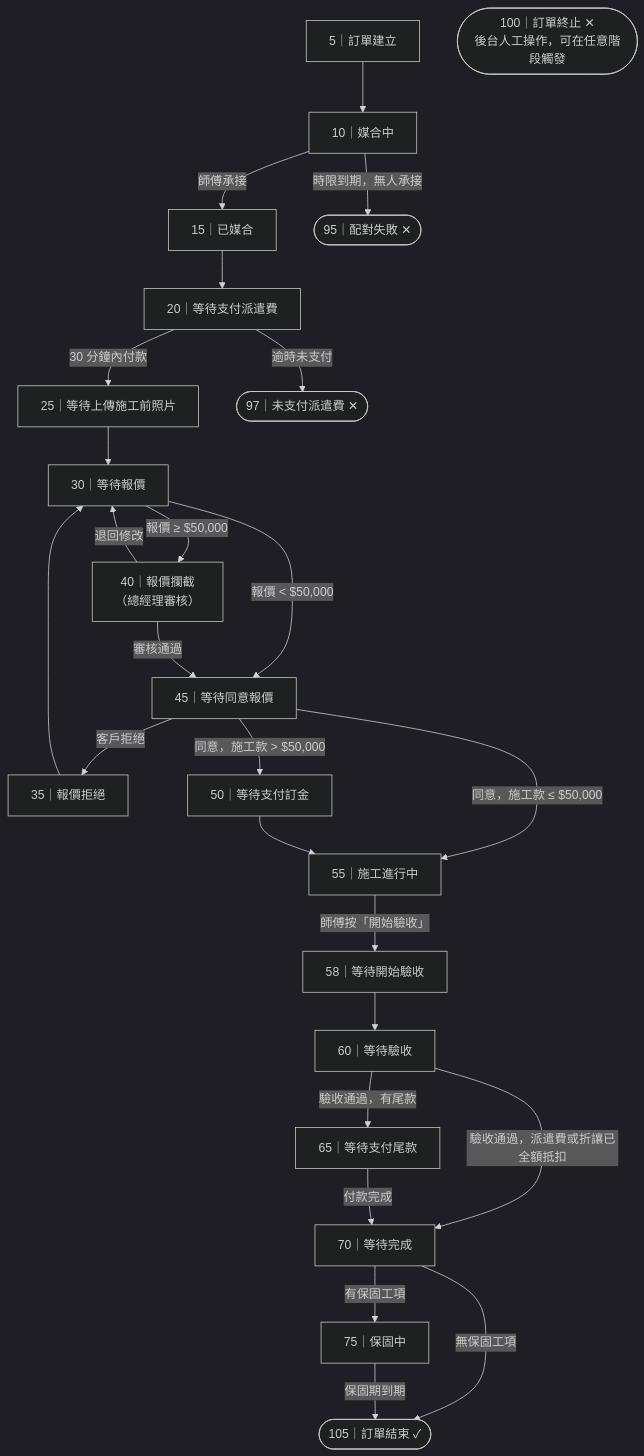
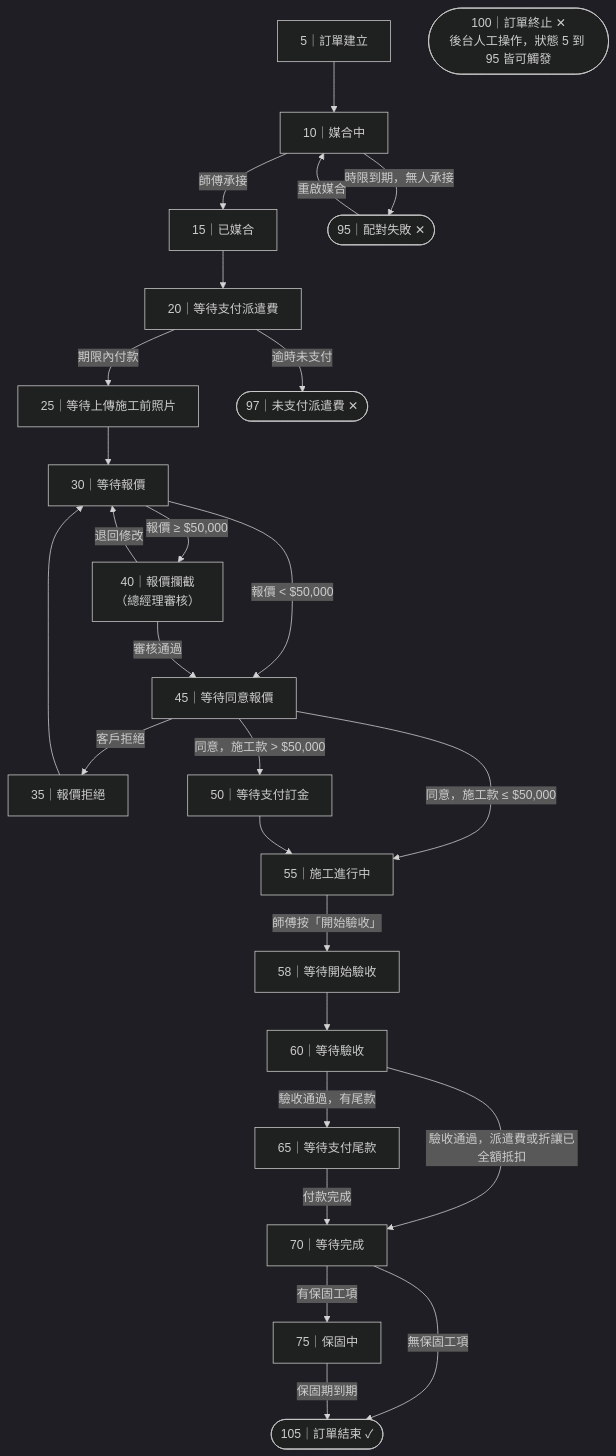
Before and after one commit to Yode0419/tigermaster-one-piece: the diagram in docs/wiki/process/order-lifecycle.md, drawn with Mermaid (dark theme). The commit also changed other lines of this file and 8 other files, not shown here.

````diff
--- a/docs/wiki/process/order-lifecycle.md
+++ b/docs/wiki/process/order-lifecycle.md
@@ -41,34 +41,35 @@
 ```mermaid
 flowchart TD
     5["5｜訂單建立"] --> 10["10｜媒合中"]
     10 -->|師傅承接| 15["15｜已媒合"]
     10 -->|時限到期，無人承接| 95(["95｜配對失敗 ✕"])
+    95 -->|重啟媒合| 10
 
     15 --> 20["20｜等待支付派遣費"]
-    20 -->|30 分鐘內付款| 25["25｜等待上傳施工前照片"]
+    20 -->|期限內付款| 25["25｜等待上傳施工前照片"]
     20 -->|逾時未支付| 97(["97｜未支付派遣費 ✕"])
 
     25 --> 30["30｜等待報價"]
     30 -->|報價 < $50,000| 45["45｜等待同意報價"]
     30 -->|報價 ≥ $50,000| 40["40｜報價攔截\n（總經理審核）"]
     40 -->|審核通過| 45
     40 -->|退回修改| 30
 
     45 -->|客戶拒絕| 35["35｜報價拒絕"]
     35 --> 30
     45 -->|同意，施工款 ≤ $50,000| 55["55｜施工進行中"]
     45 -->|同意，施工款 > $50,000| 50["50｜等待支付訂金"]
     50 --> 55
 
     55 -->|師傅按「開始驗收」| 58["58｜等待開始驗收"]
     58 --> 60["60｜等待驗收"]
     60 -->|驗收通過，有尾款| 65["65｜等待支付尾款"]
     60 -->|驗收通過，派遣費或折讓已全額抵扣| 70["70｜等待完成"]
     65 -->|付款完成| 70
 
     70 -->|有保固工項| 75["75｜保固中"]
     70 -->|無保固工項| 105(["105｜訂單結束 ✓"])
     75 -->|保固期到期| 105
 
-    100(["100｜訂單終止 ✕\n後台人工操作，可在任意階段觸發"])
+    100(["100｜訂單終止 ✕\n後台人工操作，狀態 5 到 95 皆可觸發"])
 ```
````
